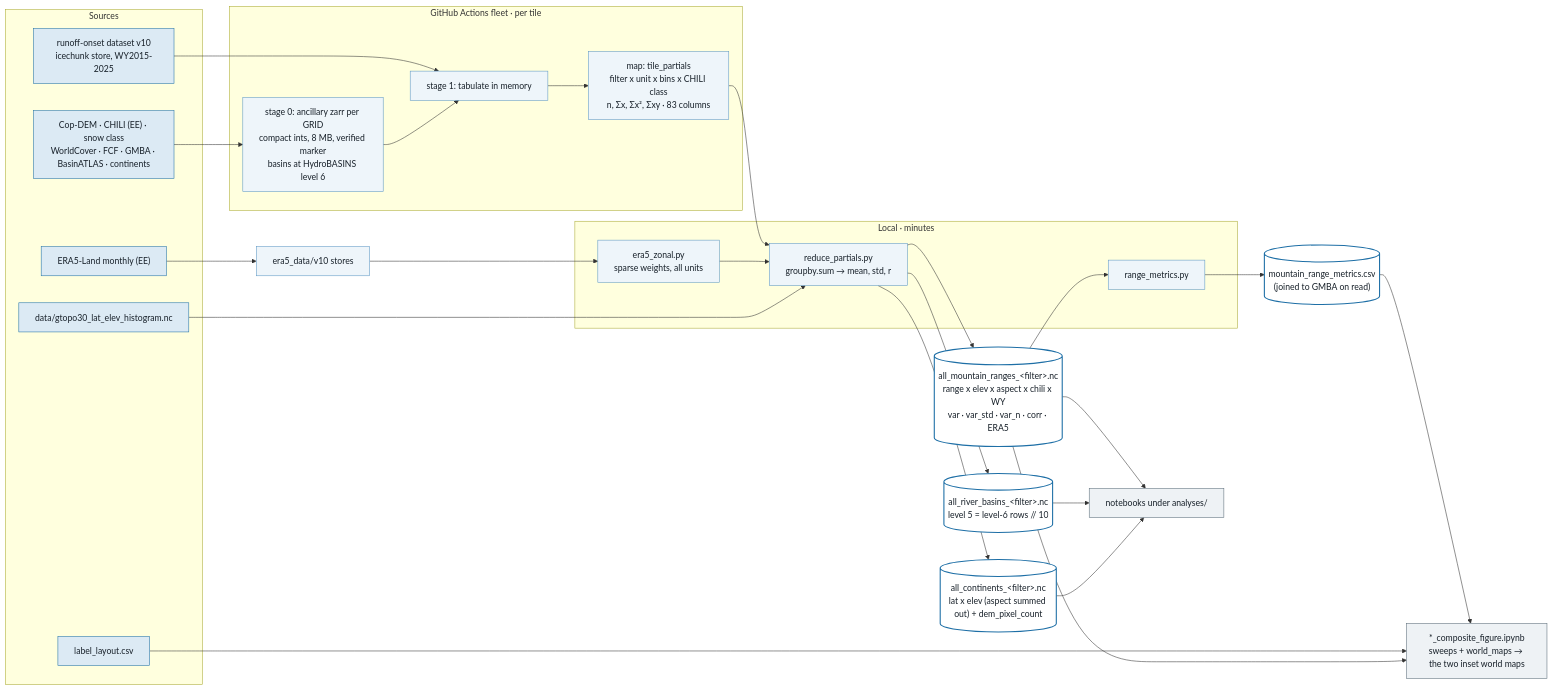
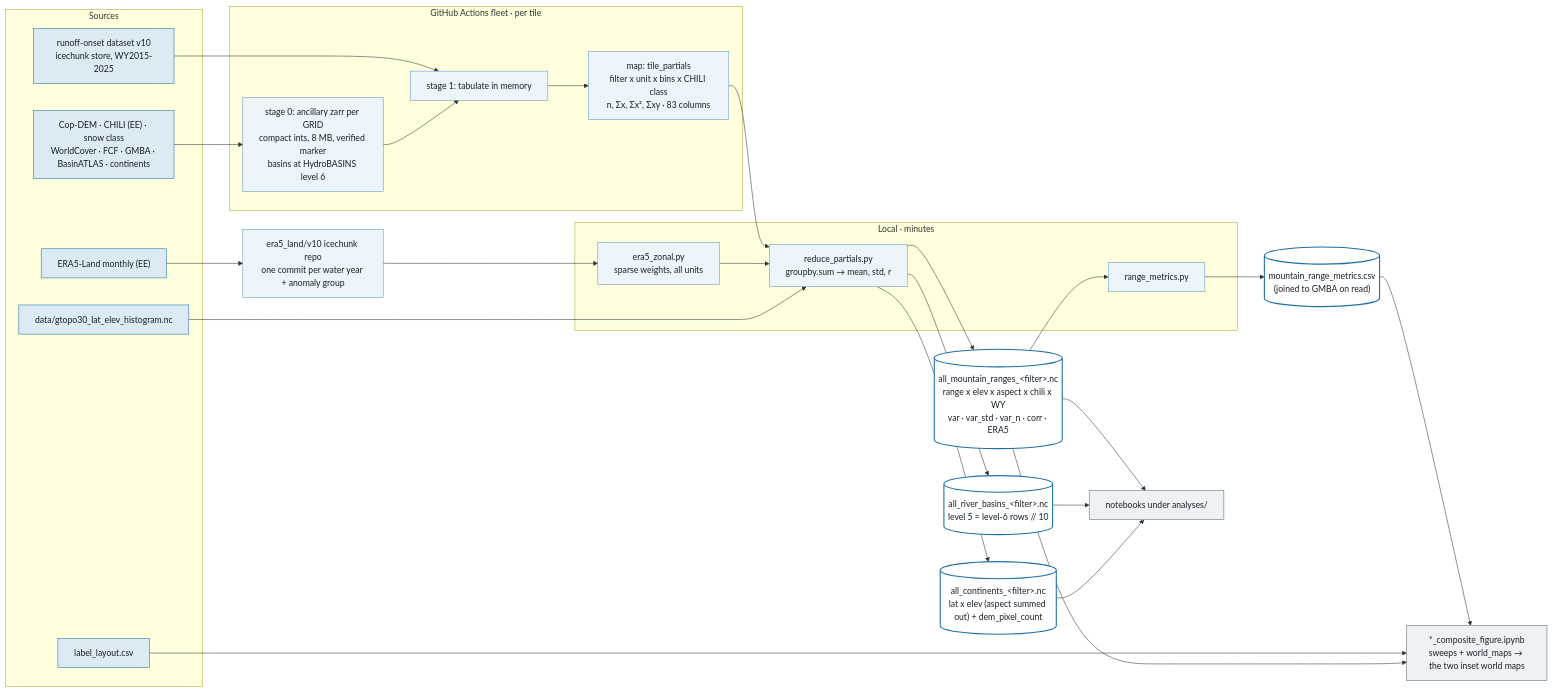
The second of 2 diagrams in docs/aggregation_lineage.md (egagli/global_snowmelt_runoff_onset_analysis), drawn with Mermaid before and after one commit. The commit also changed other lines of this file and 15 other files, not shown here.

Commit message:
xee 0.1 + easysnowdata 0.0.25: CHILI on its native lattice with fixed normalization; ERA5-Land as one icechunk repo per version fetched through xee; Azure prefix snowmelt_runoff_onset_analysis/; memory pass on two notebooks

````diff
--- a/docs/aggregation_lineage.md
+++ b/docs/aggregation_lineage.md
@@ -56,40 +56,40 @@
 ```mermaid
 flowchart LR
   classDef src fill:#DCEAF4,stroke:#1E6FA6,color:#172029
   classDef mid fill:#EEF5FA,stroke:#5C97C4,color:#172029
   classDef out fill:#FFFFFF,stroke:#1E6FA6,color:#172029,stroke-width:2px
   classDef use fill:#EEF2F5,stroke:#5A6B78,color:#172029
   subgraph S["Sources"]
     ds["runoff-onset dataset v10<br/>icechunk store, WY2015-2025"]:::src
     anc["Cop-DEM · CHILI (EE) · snow class<br/>WorldCover · FCF · GMBA · BasinATLAS · continents"]:::src
     era["ERA5-Land monthly (EE)"]:::src
     gt["data/gtopo30_lat_elev_histogram.nc"]:::src
     lay["label_layout.csv"]:::src
   end
   subgraph F["GitHub Actions fleet · per tile"]
     a0["stage 0: ancillary zarr per GRID<br/>compact ints, 8 MB, verified marker<br/>basins at HydroBASINS level 6"]:::mid
     a1["stage 1: tabulate in memory"]:::mid
     m["map: tile_partials<br/>filter x unit x bins x CHILI class<br/>n, Σx, Σx², Σxy · 83 columns"]:::mid
   end
   subgraph L["Local · minutes"]
     r["reduce_partials.py<br/>groupby.sum → mean, std, r"]:::mid
     z["era5_zonal.py<br/>sparse weights, all units"]:::mid
     k["range_metrics.py"]:::mid
   end
-  e1["era5_data/v10 stores"]:::mid
+  e1["era5_land/v10 icechunk repo<br/>one commit per water year + anomaly group"]:::mid
   cube[("all_mountain_ranges_&lt;filter&gt;.nc<br/>range x elev x aspect x chili x WY<br/>var · var_std · var_n · corr · ERA5")]:::out
   cubeb[("all_river_basins_&lt;filter&gt;.nc<br/>level 5 = level-6 rows // 10")]:::out
   cubec[("all_continents_&lt;filter&gt;.nc<br/>lat x elev (aspect summed out) + dem_pixel_count")]:::out
   res[("mountain_range_metrics.csv<br/>(joined to GMBA on read)")]:::out
   nb["notebooks under analyses/"]:::use
   nb2["*_composite_figure.ipynb<br/>sweeps + world_maps → the two inset world maps"]:::use
   ds --> a1
   anc --> a0 --> a1 --> m --> r
   era --> e1 --> z --> r
   gt --> r
   r --> cube & cubeb & cubec
   cube --> k --> res --> nb2
   lay --> nb2
   cube & cubeb & cubec --> nb
   cube --> nb2
 ```
````
